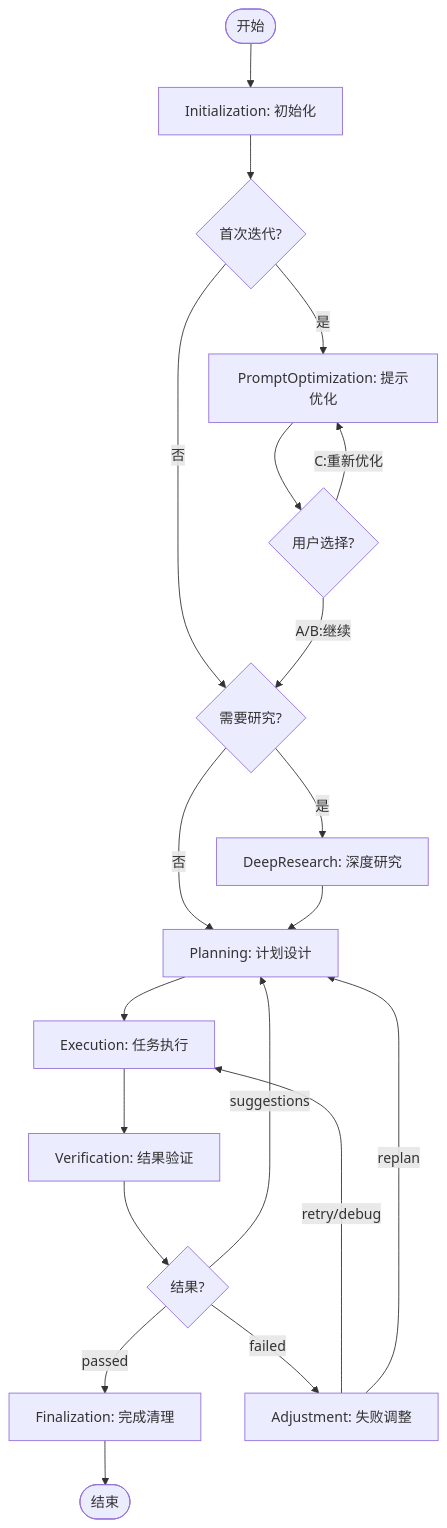
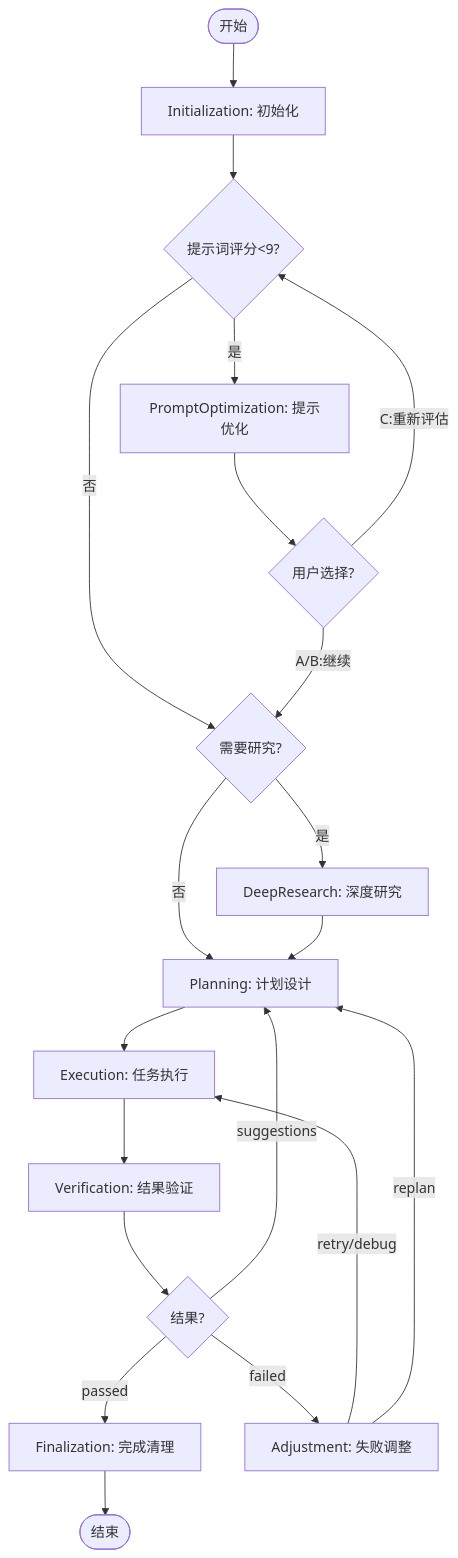
One commit to lazygophers/ccplugin changed the diagram in plugins/tools/task/skills/loop/detailed-flow.md. Above: the diagram before and after it, drawn with Mermaid. The commit also changed other lines of this file and 11 other files, not shown here.

````diff
--- a/plugins/tools/task/skills/loop/detailed-flow.md
+++ b/plugins/tools/task/skills/loop/detailed-flow.md
@@ -21,22 +21,22 @@
 ```mermaid
 flowchart TD
     Start([开始]) --> Init[Initialization: 初始化]
-    Init --> PromptOpt{首次迭代?}
+    Init --> PromptOpt{提示词评分<9?}
     PromptOpt -->|是| PO[PromptOptimization: 提示优化]
     PromptOpt -->|否| DeepRes{需要研究?}
     PO --> UserChoice{用户选择?}
     UserChoice -->|A/B:继续| DeepRes
-    UserChoice -->|C:重新优化| PO
+    UserChoice -->|C:重新评估| PromptOpt
     DeepRes -->|是| DR[DeepResearch: 深度研究]
     DeepRes -->|否| Plan[Planning: 计划设计]
     DR --> Plan
     Plan --> Exec[Execution: 任务执行]
     Exec --> Verify[Verification: 结果验证]
     Verify --> Decision{结果?}
     Decision -->|passed| Final[Finalization: 完成清理]
     Decision -->|suggestions| Plan
     Decision -->|failed| Adjust[Adjustment: 失败调整]
     Adjust -->|retry/debug| Exec
     Adjust -->|replan| Plan
     Final --> End([结束])
 ```
````
